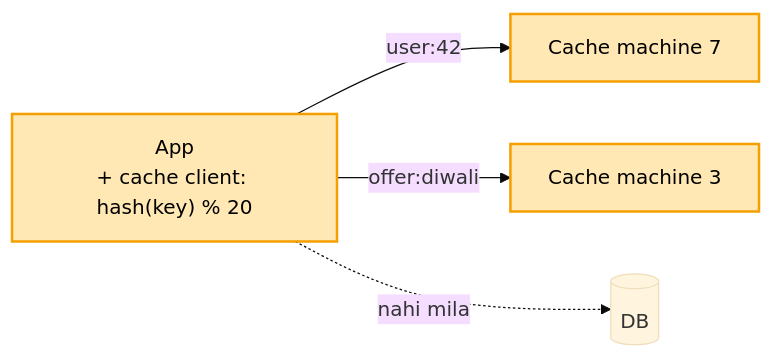
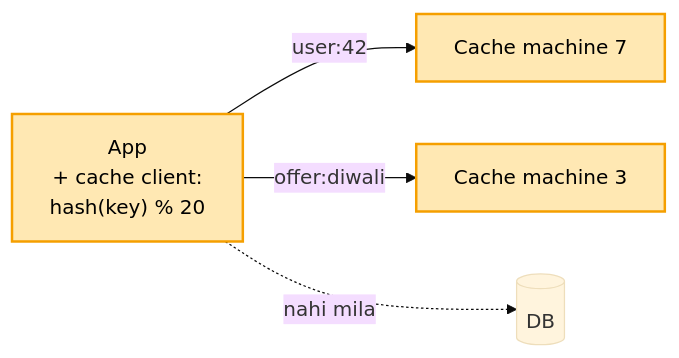
The third of 8 diagrams in 04_HLD/SYSTEM_DESIGNS/10_distributed_cache/10_distributed_cache.md (ArpanMaheshwari144/Prep), drawn with Mermaid (base theme) before and after one commit. The commit also changed other lines of this file and 2 other files, not shown here.

Commit message:
HLD diagram: saare 112 dark me dekhe; payment shard ek teer, cache 2 label toot theek, rate limiter home region TB

````diff
--- a/04_HLD/SYSTEM_DESIGNS/10_distributed_cache/10_distributed_cache.md
+++ b/04_HLD/SYSTEM_DESIGNS/10_distributed_cache/10_distributed_cache.md
@@ -157,9 +157,9 @@
 ```mermaid
 flowchart LR
-    A["App<br/>+ cache client: hash(key) % 20"] -->|"user:42"| M7["Cache machine 7"]
+    A["App<br/>+ cache client:<br/>hash(key) % 20"] -->|"user:42"| M7["Cache machine 7"]
     A -->|"offer:diwali"| M3["Cache machine 3"]
     A -.->|"nahi mila"| D[("DB")]
     style A fill:#ffe8b3,stroke:#f59f00,stroke-width:2px,color:#000
     style M7 fill:#ffe8b3,stroke:#f59f00,stroke-width:2px,color:#000
     style M3 fill:#ffe8b3,stroke:#f59f00,stroke-width:2px,color:#000
 ```
````
